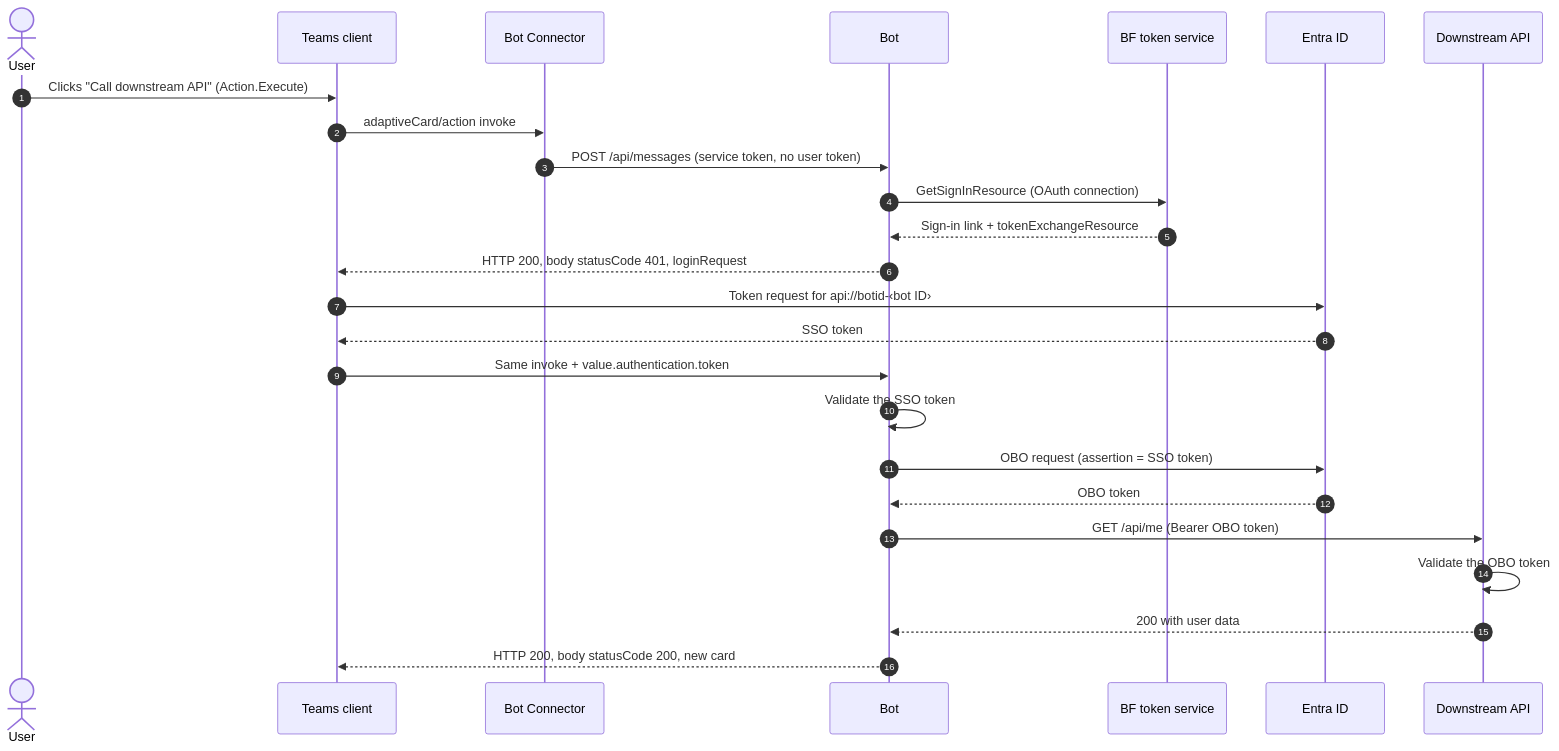
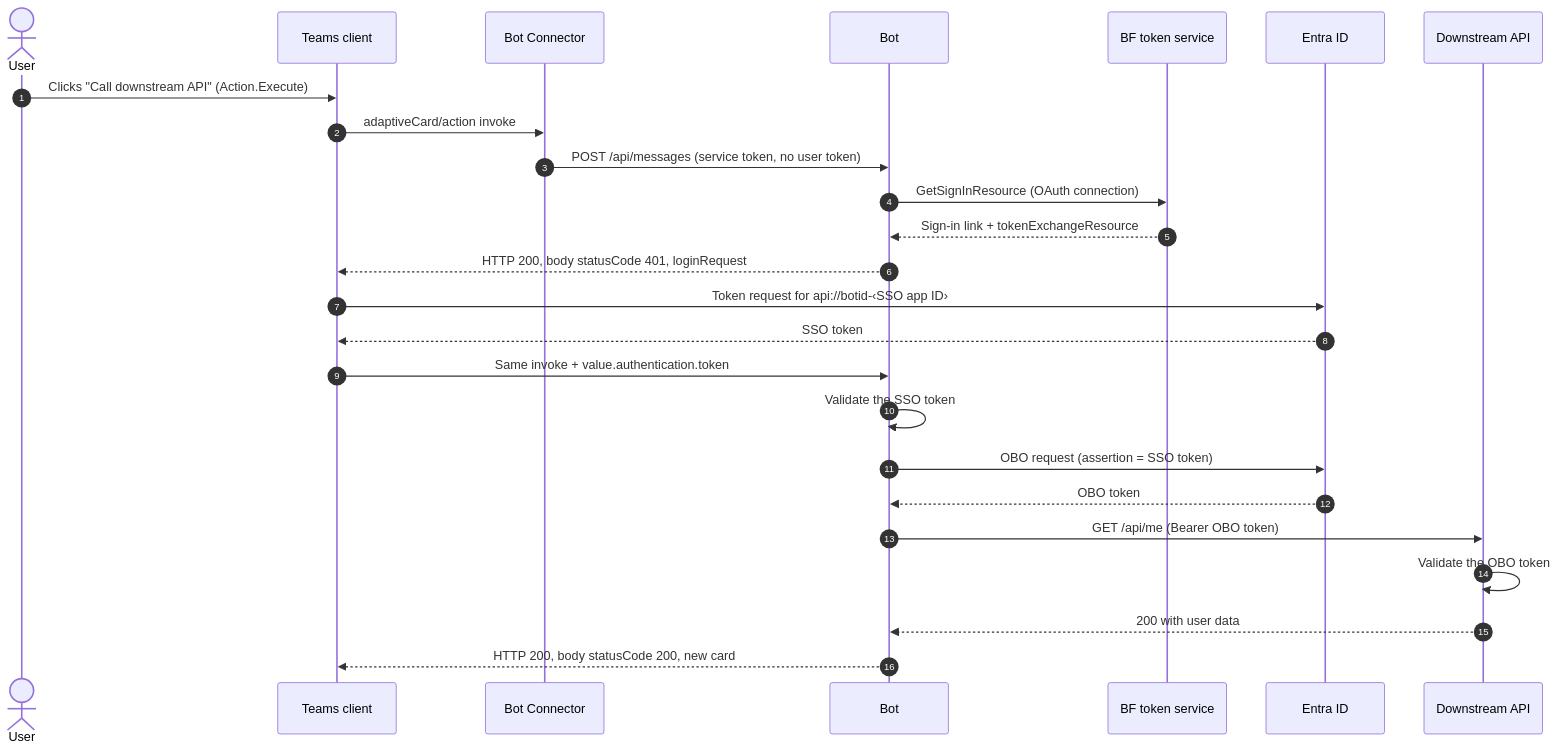
The fifth of 10 diagrams in docs/how-obo-works.md (georgemathieson/Bot), drawn with Mermaid before and after one commit. The commit also changed other lines of this file and 4 other files, not shown here.

````diff
--- a/docs/how-obo-works.md
+++ b/docs/how-obo-works.md
@@ -137,28 +147,28 @@
 ```mermaid
 sequenceDiagram
     autonumber
     actor U as User
     participant T as Teams client
     participant BC as Bot Connector
     participant B as Bot
     participant TS as BF token service
     participant E as Entra ID
     participant A as Downstream API
 
     U->>T: Clicks "Call downstream API" (Action.Execute)
     T->>BC: adaptiveCard/action invoke
     BC->>B: POST /api/messages (service token, no user token)
     B->>TS: GetSignInResource (OAuth connection)
     TS-->>B: Sign-in link + tokenExchangeResource
     B-->>T: HTTP 200, body statusCode 401, loginRequest
-    T->>E: Token request for api://botid-‹bot ID›
+    T->>E: Token request for api://botid-‹SSO app ID›
     E-->>T: SSO token
     T->>B: Same invoke + value.authentication.token
     B->>B: Validate the SSO token
     B->>E: OBO request (assertion = SSO token)
     E-->>B: OBO token
     B->>A: GET /api/me (Bearer OBO token)
     A->>A: Validate the OBO token
     A-->>B: 200 with user data
     B-->>T: HTTP 200, body statusCode 200, new card
 ```
````
